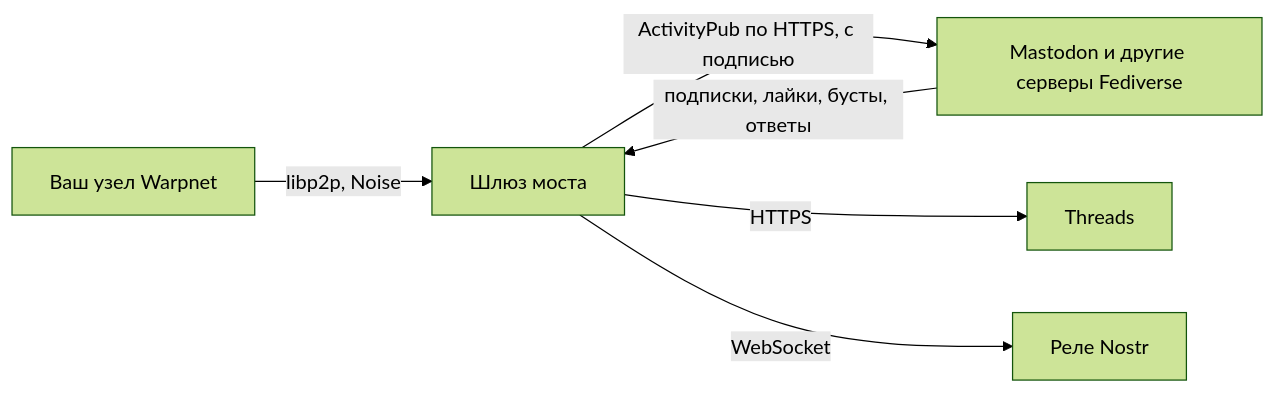
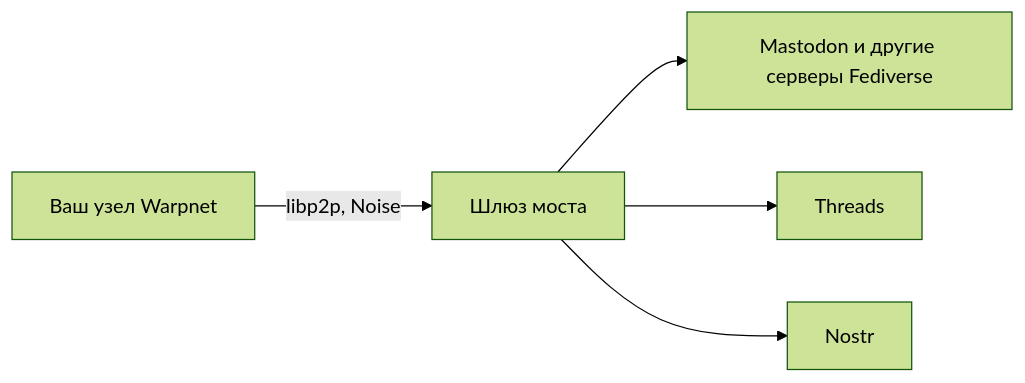
One commit to Warp-net/docs changed the diagram in ru/bridge.md. Above: the diagram before and after it, drawn with Mermaid (forest theme). The commit also changed other lines of this file and 49 other files, not shown here.

````diff
--- a/ru/bridge.md
+++ b/ru/bridge.md
@@ -20,8 +14,7 @@
 ```mermaid
 flowchart LR
     U["Ваш узел Warpnet"] -- "libp2p, Noise" --> G["Шлюз моста"]
-    G -- "ActivityPub по HTTPS, с подписью" --> M["Mastodon и другие серверы Fediverse"]
-    G -- "HTTPS" --> T["Threads"]
-    G -- "WebSocket" --> N["Реле Nostr"]
-    M -- "подписки, лайки, бусты, ответы" --> G
+    G --> M["Mastodon и другие серверы Fediverse"]
+    G --> T["Threads"]
+    G --> N["Nostr"]
 ```
````
